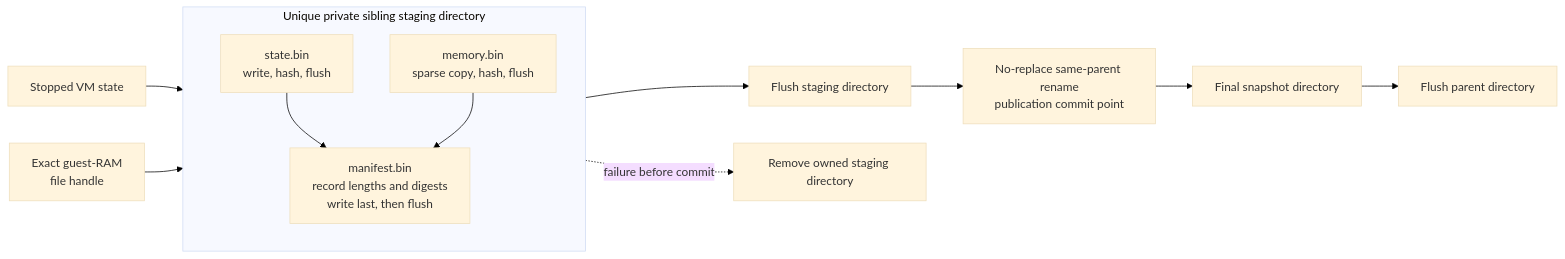
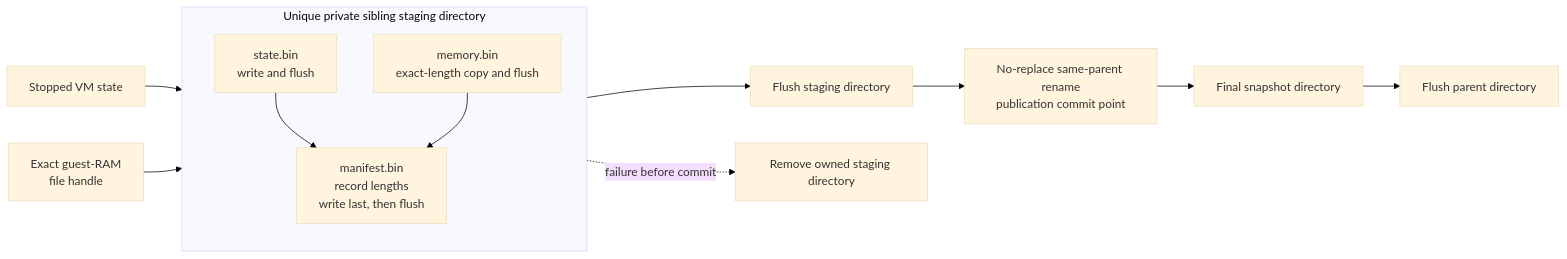
Before and after one commit to microsoft/nvx: the sixth of 7 diagrams in doc/design.md, drawn with Mermaid. The commit also changed other lines of this file and 2 other files, not shown here.

````diff
--- a/doc/design.md
+++ b/doc/design.md
@@ -476,24 +476,24 @@
 ```mermaid
 %%{init: {"theme": "base", "themeVariables": {"background": "#ffffff"}}}%%
 flowchart LR
    State["Stopped VM state"]
    Ram["Exact guest-RAM<br/>file handle"]
 
    subgraph Staging["Unique private sibling staging directory"]
       direction TB
-      StateFile["state.bin<br/>write, hash, flush"]
-      MemoryFile["memory.bin<br/>sparse copy, hash, flush"]
-      ManifestFile["manifest.bin<br/>record lengths and digests<br/>write last, then flush"]
+      StateFile["state.bin<br/>write and flush"]
+      MemoryFile["memory.bin<br/>exact-length copy and flush"]
+      ManifestFile["manifest.bin<br/>record lengths<br/>write last, then flush"]
    end
 
    SyncStaging["Flush staging directory"]
    Rename["No-replace same-parent rename<br/>publication commit point"]
    Final["Final snapshot directory"]
    SyncParent["Flush parent directory"]
    Cleanup["Remove owned staging directory"]
 
    State --> StateFile --> ManifestFile
    Ram --> MemoryFile --> ManifestFile
    ManifestFile --> SyncStaging --> Rename --> Final --> SyncParent
    Staging -. failure before commit .-> Cleanup
 ```
````
